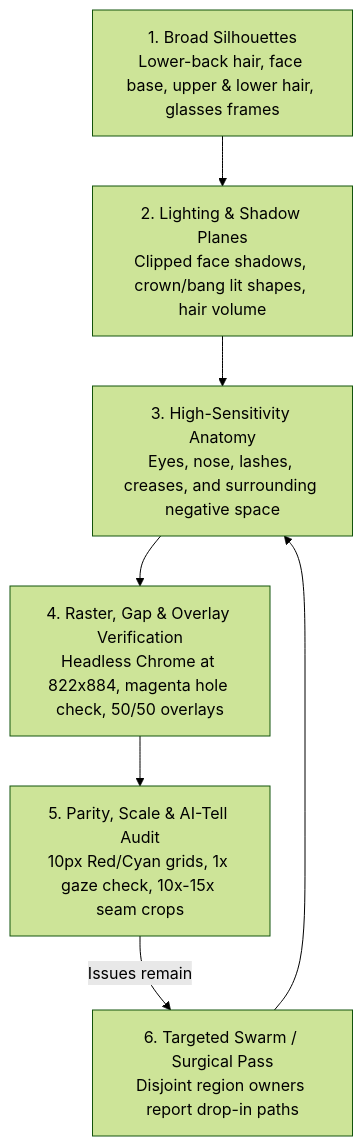
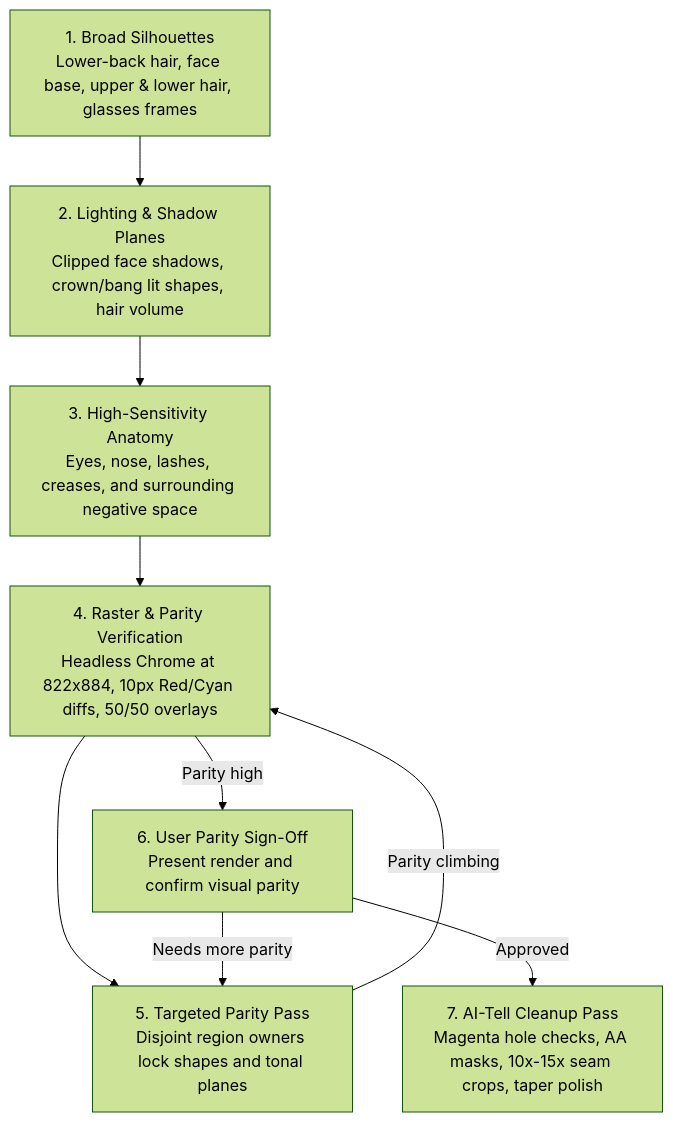
One commit to 4163/tsubasa-cloud changed the diagram in docs/svg-illustration-guide.md. Above: the diagram before and after it, drawn with Mermaid (forest theme). The commit also changed other lines of this file, not shown here.

First line of the commit message:
Docs: document face mask, AA hairlines, and cleanup pass

````diff
--- a/docs/svg-illustration-guide.md
+++ b/docs/svg-illustration-guide.md
@@ -16,9 +16,11 @@
 ```mermaid
 flowchart TD
     Base["1. Broad Silhouettes<br/>Lower-back hair, face base, upper & lower hair, glasses frames"] --> Planes["2. Lighting & Shadow Planes<br/>Clipped face shadows, crown/bang lit shapes, hair volume"]
     Planes --> Focus["3. High-Sensitivity Anatomy<br/>Eyes, nose, lashes, creases, and surrounding negative space"]
-    Focus --> Verify["4. Raster, Gap & Overlay Verification<br/>Headless Chrome at 822x884, magenta hole check, 50/50 overlays"]
-    Verify --> Diag["5. Parity, Scale & AI-Tell Audit<br/>10px Red/Cyan grids, 1x gaze check, 10x-15x seam crops"]
-    Diag -->|Issues remain| Split["6. Targeted Swarm / Surgical Pass<br/>Disjoint region owners report drop-in paths"]
-    Split --> Focus
+    Focus --> Verify["4. Raster & Parity Verification<br/>Headless Chrome at 822x884, 10px Red/Cyan diffs, 50/50 overlays"]
+    Verify --> Split["5. Targeted Parity Pass<br/>Disjoint region owners lock shapes and tonal planes"]
+    Split -->|Parity climbing| Verify
+    Verify -->|Parity high| Gate["6. User Parity Sign-Off<br/>Present render and confirm visual parity"]
+    Gate -->|Needs more parity| Split
+    Gate -->|Approved| Cleanup["7. AI-Tell Cleanup Pass<br/>Magenta hole checks, AA masks, 10x-15x seam crops, taper polish"]
 ```
````
